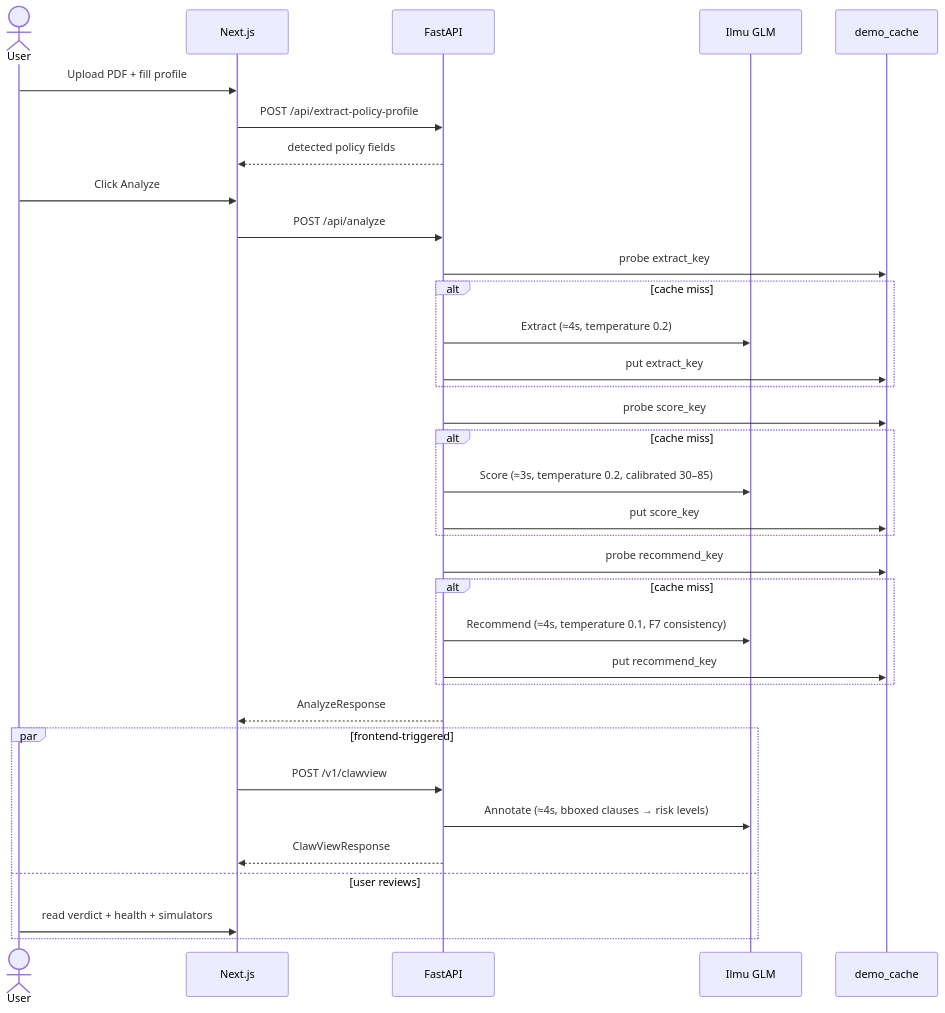
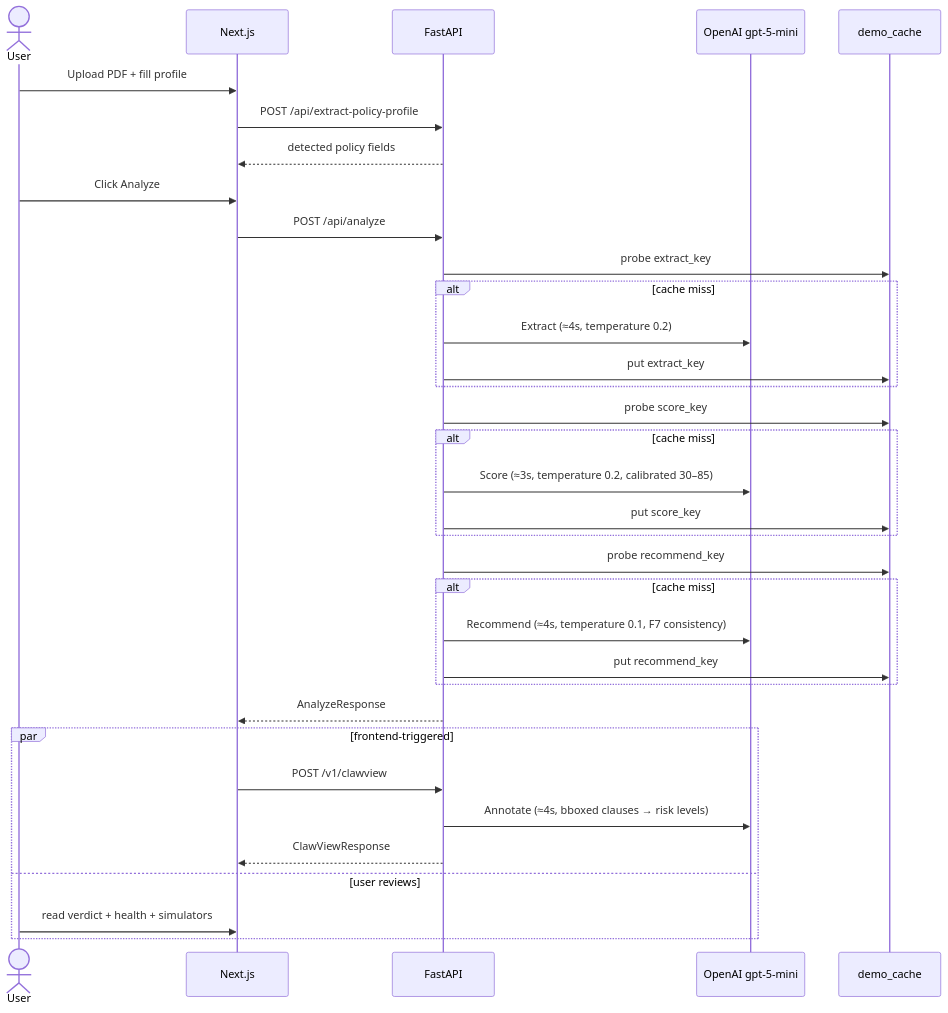
Before and after one commit to xrwong00/policyclaw: the diagram in SAD.md, drawn with Mermaid. The commit also changed other lines of this file and 10 other files, not shown here.

First line of the commit message:
docs: sync project docs with OpenAI gpt-5-mini provider swap

````diff
--- a/SAD.md
+++ b/SAD.md
@@ -119,40 +119,40 @@
 ```mermaid
 sequenceDiagram
     actor User
     participant FE as Next.js
     participant BE as FastAPI
-    participant GLM as Ilmu GLM
+    participant GLM as OpenAI gpt-5-mini
     participant Cache as demo_cache
 
     User->>FE: Upload PDF + fill profile
     FE->>BE: POST /api/extract-policy-profile
     BE-->>FE: detected policy fields
 
     User->>FE: Click Analyze
     FE->>BE: POST /api/analyze
 
     BE->>Cache: probe extract_key
     alt cache miss
         BE->>GLM: Extract (≈4s, temperature 0.2)
         BE->>Cache: put extract_key
     end
     BE->>Cache: probe score_key
     alt cache miss
         BE->>GLM: Score (≈3s, temperature 0.2, calibrated 30–85)
         BE->>Cache: put score_key
     end
     BE->>Cache: probe recommend_key
     alt cache miss
         BE->>GLM: Recommend (≈4s, temperature 0.1, F7 consistency)
         BE->>Cache: put recommend_key
     end
     BE-->>FE: AnalyzeResponse
 
     par frontend-triggered
         FE->>BE: POST /v1/clawview
         BE->>GLM: Annotate (≈4s, bboxed clauses → risk levels)
         BE-->>FE: ClawViewResponse
     and user reviews
         User->>FE: read verdict + health + simulators
     end
 ```
````
